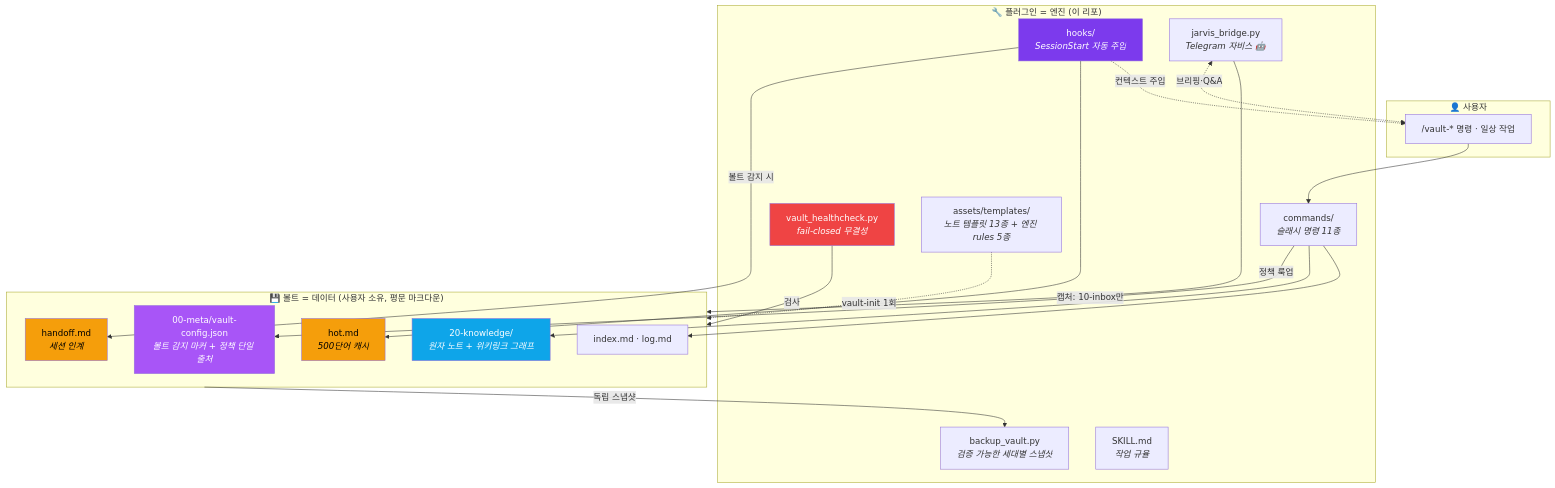
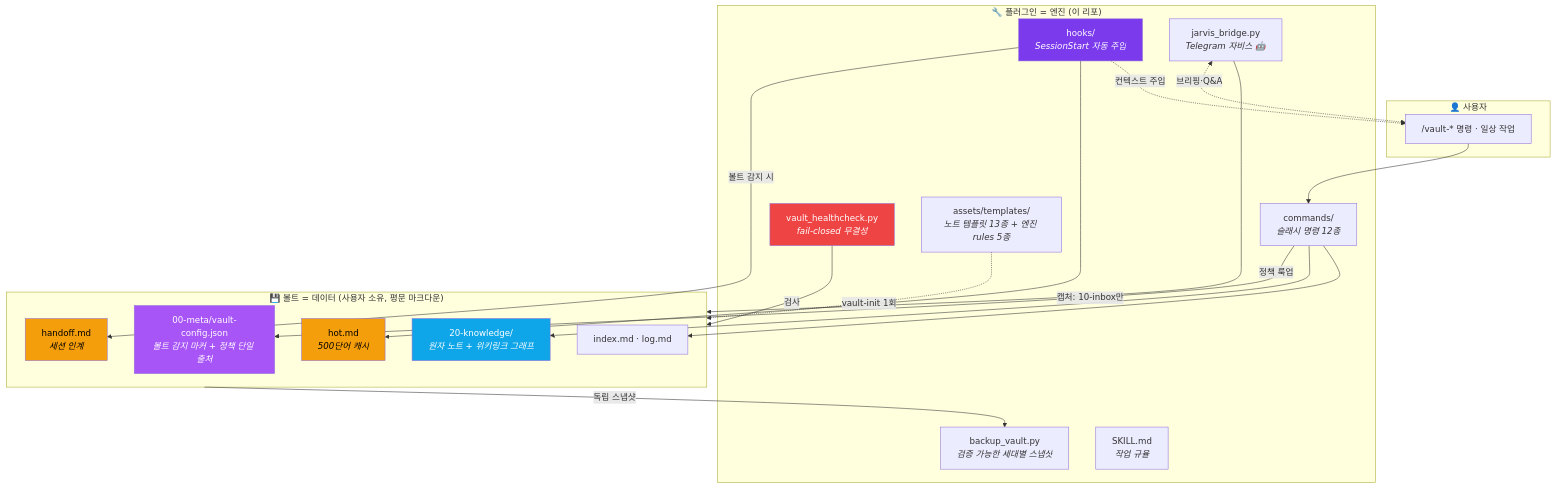
One commit to Technoetic/agentic-vault changed the second of 5 diagrams in README.md. Above: the diagram before and after it, drawn with Mermaid. The commit also changed other lines of this file and 15 other files, not shown here.

````diff
--- a/README.md
+++ b/README.md
@@ -100,44 +103,44 @@
 ```mermaid
 flowchart TB
     subgraph user["👤 사용자"]
         U["/vault-* 명령 · 일상 작업"]
     end
 
     subgraph plugin["🔧 플러그인 = 엔진 (이 리포)"]
-        CMD["commands/<br/><i>슬래시 명령 11종</i>"]
+        CMD["commands/<br/><i>슬래시 명령 12종</i>"]
         HOOK["hooks/<br/><i>SessionStart 자동 주입</i>"]
         HC["vault_healthcheck.py<br/><i>fail-closed 무결성</i>"]
         BK["backup_vault.py<br/><i>검증 가능한 세대별 스냅샷</i>"]
         JB["jarvis_bridge.py<br/><i>Telegram 자비스 🤖</i>"]
         TPL["assets/templates/<br/><i>노트 템플릿 13종 + 엔진 rules 5종</i>"]
         SK["SKILL.md<br/><i>작업 규율</i>"]
     end
 
     subgraph vault["💾 볼트 = 데이터 (사용자 소유, 평문 마크다운)"]
         CFG["00-meta/vault-config.json<br/><i>볼트 감지 마커 + 정책 단일 출처</i>"]
         HOT["hot.md<br/><i>500단어 캐시</i>"]
         HND["handoff.md<br/><i>세션 인계</i>"]
         IDX["index.md · log.md"]
         KNW["20-knowledge/<br/><i>원자 노트 + 위키링크 그래프</i>"]
     end
 
     U --> CMD
     TPL -.vault-init 1회.-> vault
     CMD -->|정책 룩업| CFG
     CMD --> KNW
     CMD --> IDX
     HOOK -->|볼트 감지 시| HND
     HOOK --> HOT
     HOOK -.컨텍스트 주입.-> U
     HC -->|검사| vault
     vault -->|독립 스냅샷| BK
     JB -->|캡처: 10-inbox만| vault
     JB <-.->|브리핑·Q&A| U
 
     style CFG fill:#A855F7,color:#fff
     style HOOK fill:#7C3AED,color:#fff
     style HC fill:#EF4444,color:#fff
     style HOT fill:#F59E0B,color:#000
     style HND fill:#F59E0B,color:#000
     style KNW fill:#0EA5E9,color:#fff
 ```
````
